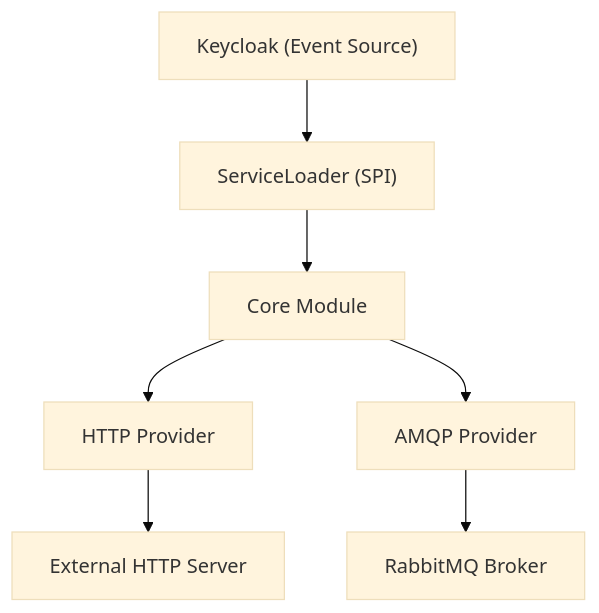
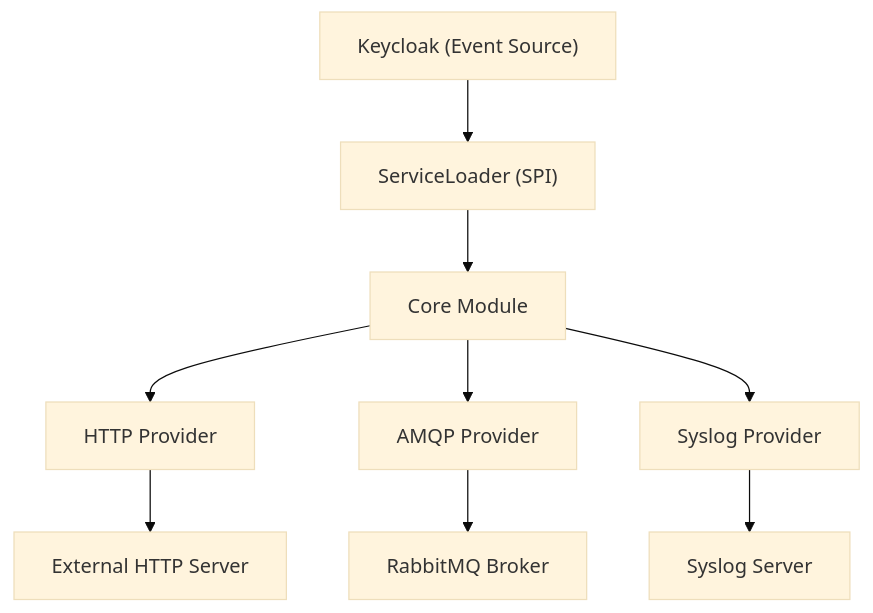
Before and after one commit to vymalo/keycloak-webhook: the diagram in README.md, drawn with Mermaid (base theme). The commit also changed other lines of this file and 11 other files, not shown here.

````diff
--- a/README.md
+++ b/README.md
@@ -212,16 +258,20 @@
 ```mermaid
 graph TD
     A["Keycloak (Event Source)"]
     B["ServiceLoader (SPI)"]
     C[Core Module]
     D[HTTP Provider]
     E[AMQP Provider]
-    F[External HTTP Server]
-    G[RabbitMQ Broker]
+    F[Syslog Provider]
+    G[External HTTP Server]
+    H[RabbitMQ Broker]
+    I[Syslog Server]
     A --> B
     B --> C
     C --> D
     C --> E
-    D --> F
-    E --> G
+    C --> F
+    D --> G
+    E --> H
+    F --> I
 ```
````
